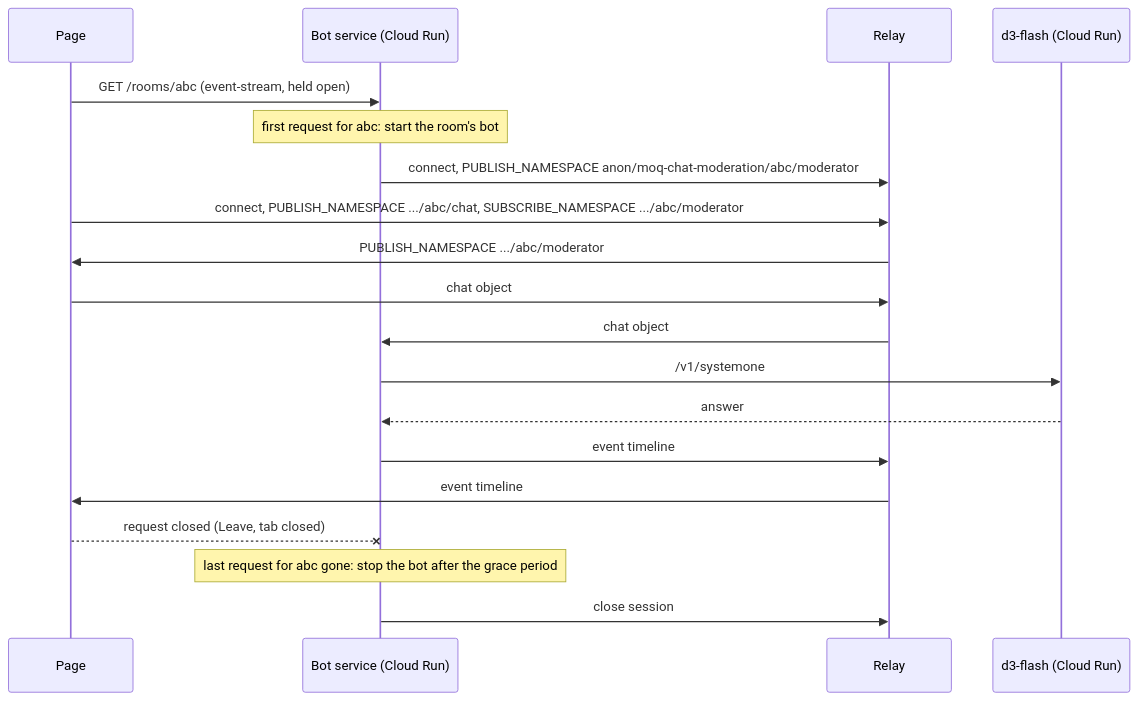
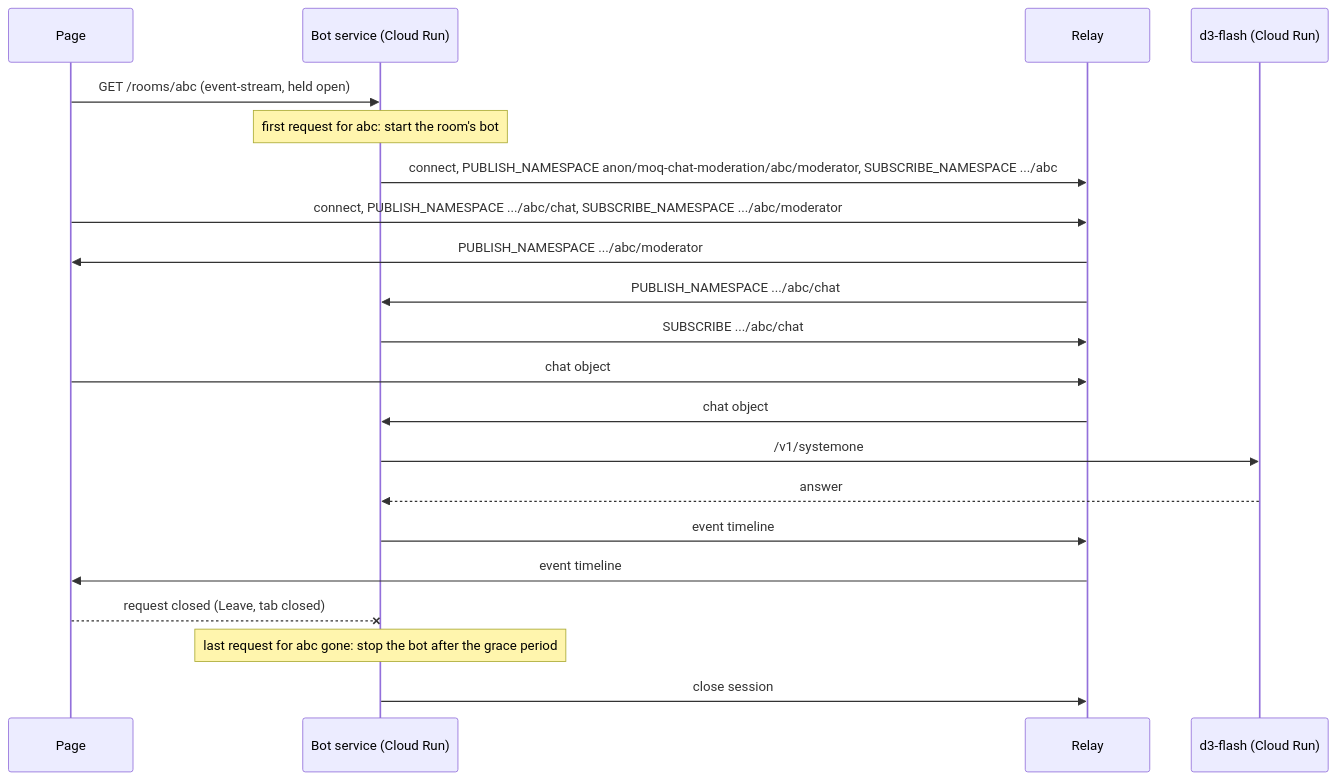
One commit to nttcom/moq-wasm changed the diagram in docs/architecture/ai-bots/on-demand-rooms.md. Above: the diagram before and after it, drawn with Mermaid. The commit also changed other lines of this file and 20 other files, not shown here.

First line of the commit message:
refactor(ai-bots): move chat moderation from moq-rs to the moqt bindings

````diff
--- a/docs/architecture/ai-bots/on-demand-rooms.md
+++ b/docs/architecture/ai-bots/on-demand-rooms.md
@@ -98,21 +98,23 @@
 ```mermaid
 sequenceDiagram
     participant P as Page
     participant S as Bot service (Cloud Run)
     participant R as Relay
     participant D as d3-flash (Cloud Run)
     P->>S: GET /rooms/abc (event-stream, held open)
     Note over S: first request for abc: start the room's bot
-    S->>R: connect, PUBLISH_NAMESPACE anon/moq-chat-moderation/abc/moderator
+    S->>R: connect, PUBLISH_NAMESPACE anon/moq-chat-moderation/abc/moderator, SUBSCRIBE_NAMESPACE .../abc
     P->>R: connect, PUBLISH_NAMESPACE .../abc/chat, SUBSCRIBE_NAMESPACE .../abc/moderator
     R->>P: PUBLISH_NAMESPACE .../abc/moderator
+    R->>S: PUBLISH_NAMESPACE .../abc/chat
+    S->>R: SUBSCRIBE .../abc/chat
     P->>R: chat object
     R->>S: chat object
     S->>D: /v1/systemone
     D-->>S: answer
     S->>R: event timeline
     R->>P: event timeline
     P--xS: request closed (Leave, tab closed)
     Note over S: last request for abc gone: stop the bot after the grace period
     S->>R: close session
 ```
````
